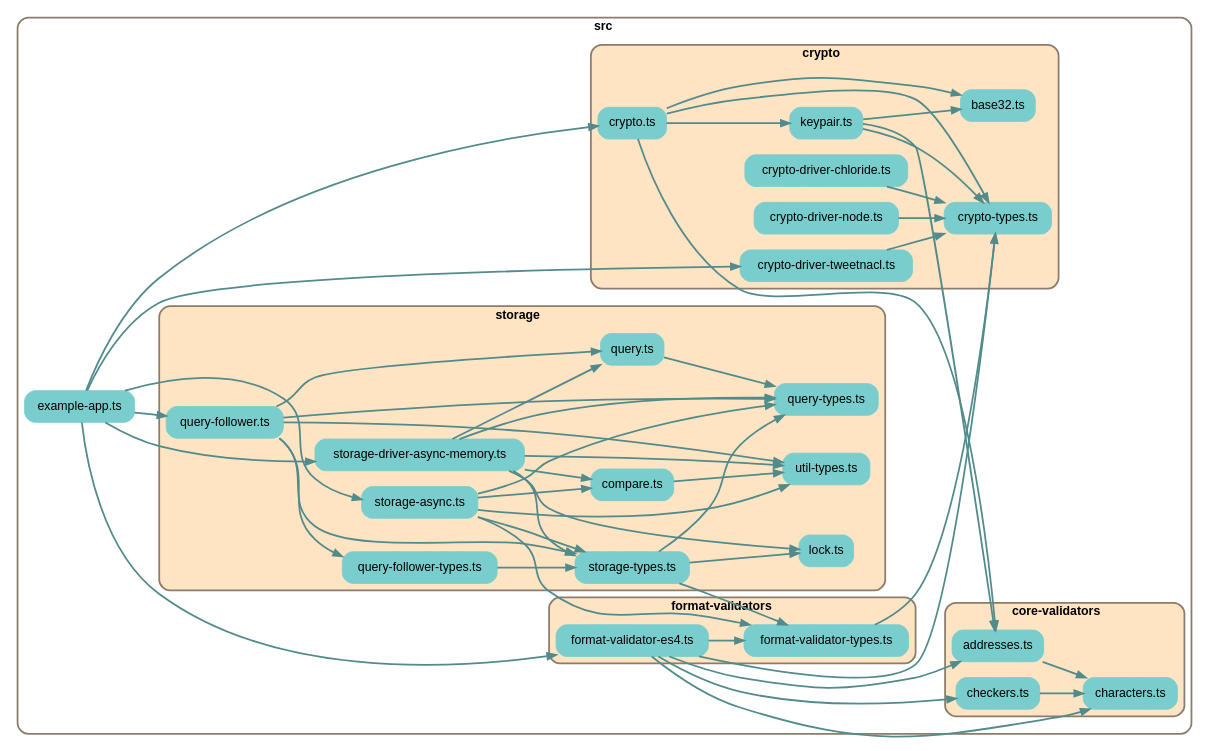
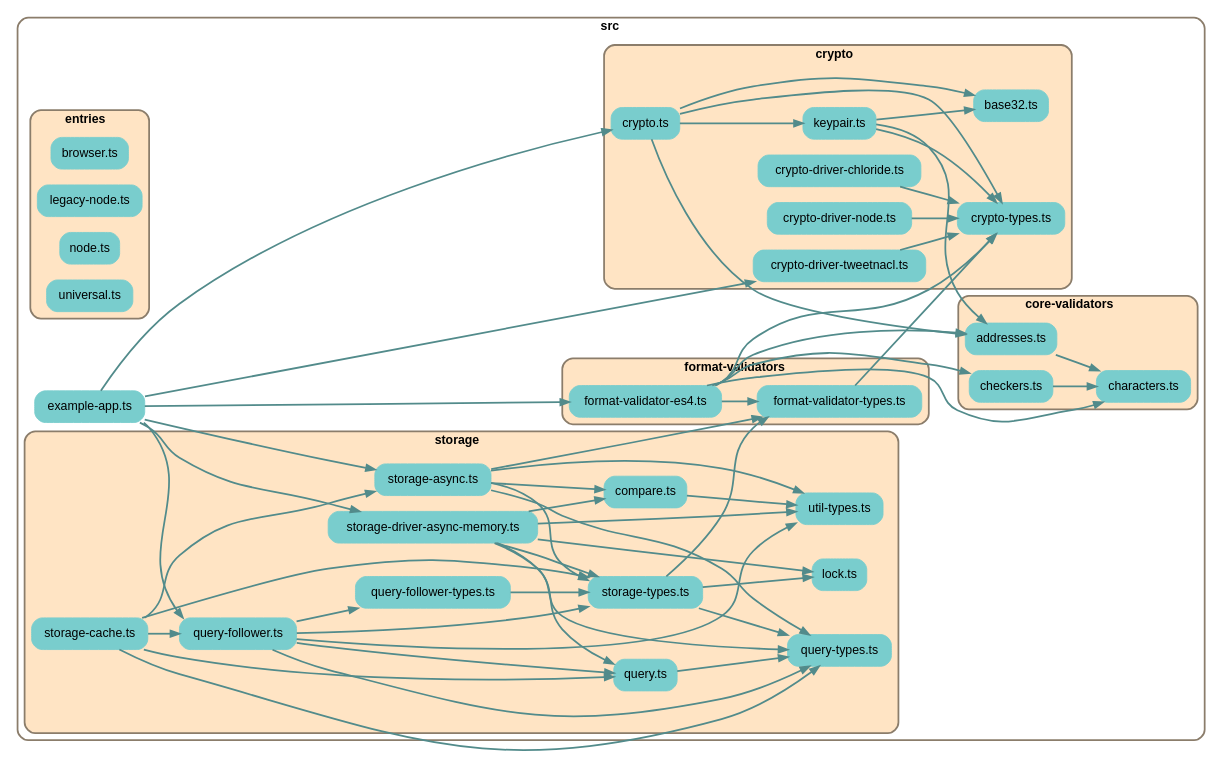
One commit to earthstar-project/earthstar changed the diagram in depchart/depchart-main.dot. Above: the diagram before and after it, drawn with Graphviz. The commit also changed 11 other files, not shown here.

```diff
--- a/depchart/depchart-main.dot
+++ b/depchart/depchart-main.dot
@@ -1,130 +1,149 @@
 
 digraph G {
     //splines=line;
     //splines=polyline;
     splines=true;
     rankdir=LR;
     //newrank=true;
     compound=true;
     graph [fontname = "helvetica"];  // dpi=72
     node [fontname = "helvetica"];
     edge [fontname = "helvetica"];
     
     // files in their folder clusters
 
-    subgraph cluster5283925628 {
+    subgraph cluster9857871135 {
         label=<<b>src</b>>;
         style="rounded";
         color=bisque4;
         penwidth=2;
                     
         "src/example-app.ts" [label="example-app.ts", shape=rectangle; style="rounded,filled"; color=darkslategray3];
 
-        subgraph cluster2403726625 {
+        subgraph cluster3663619958 {
             label=<<b>core-validators</b>>;
             style="rounded,filled";
             fillcolor=bisque;
             color=bisque4;
             penwidth=2;
                     
             "src/core-validators/addresses.ts" [label="addresses.ts", shape=rectangle; style="rounded,filled"; color=darkslategray3];
             "src/core-validators/characters.ts" [label="characters.ts", shape=rectangle; style="rounded,filled"; color=darkslategray3];
             "src/core-validators/checkers.ts" [label="checkers.ts", shape=rectangle; style="rounded,filled"; color=darkslategray3];
         }
 
-        subgraph cluster9642433281 {
+        subgraph cluster4620504191 {
             label=<<b>crypto</b>>;
             style="rounded,filled";
             fillcolor=bisque;
             color=bisque4;
             penwidth=2;
                     
             "src/crypto/base32.ts" [label="base32.ts", shape=rectangle; style="rounded,filled"; color=darkslategray3];
             "src/crypto/crypto-driver-chloride.ts" [label="crypto-driver-chloride.ts", shape=rectangle; style="rounded,filled"; color=darkslategray3];
             "src/crypto/crypto-driver-node.ts" [label="crypto-driver-node.ts", shape=rectangle; style="rounded,filled"; color=darkslategray3];
             "src/crypto/crypto-driver-tweetnacl.ts" [label="crypto-driver-tweetnacl.ts", shape=rectangle; style="rounded,filled"; color=darkslategray3];
             "src/crypto/crypto-types.ts" [label="crypto-types.ts", shape=rectangle; style="rounded,filled"; color=darkslategray3];
             "src/crypto/crypto.ts" [label="crypto.ts", shape=rectangle; style="rounded,filled"; color=darkslategray3];
             "src/crypto/keypair.ts" [label="keypair.ts", shape=rectangle; style="rounded,filled"; color=darkslategray3];
         }
 
-        subgraph cluster5170774827 {
+        subgraph cluster1122718114 {
+            label=<<b>entries</b>>;
+            style="rounded,filled";
+            fillcolor=bisque;
+            color=bisque4;
+            penwidth=2;
+                    
+            "src/entries/browser.ts" [label="browser.ts", shape=rectangle; style="rounded,filled"; color=darkslategray3];
+            "src/entries/legacy-node.ts" [label="legacy-node.ts", shape=rectangle; style="rounded,filled"; color=darkslategray3];
+            "src/entries/node.ts" [label="node.ts", shape=rectangle; style="rounded,filled"; color=darkslategray3];
+            "src/entries/universal.ts" [label="universal.ts", shape=rectangle; style="rounded,filled"; color=darkslategray3];
+        }
+
+        subgraph cluster1404075962 {
             label=<<b>format-validators</b>>;
             style="rounded,filled";
             fillcolor=bisque;
             color=bisque4;
             penwidth=2;
                     
             "src/format-validators/format-validator-es4.ts" [label="format-validator-es4.ts", shape=rectangle; style="rounded,filled"; color=darkslategray3];
             "src/format-validators/format-validator-types.ts" [label="format-validator-types.ts", shape=rectangle; style="rounded,filled"; color=darkslategray3];
         }
 
-        subgraph cluster4488928319 {
+        subgraph cluster9881695227 {
             label=<<b>storage</b>>;
             style="rounded,filled";
             fillcolor=bisque;
             color=bisque4;
             penwidth=2;
                     
             "src/storage/compare.ts" [label="compare.ts", shape=rectangle; style="rounded,filled"; color=darkslategray3];
             "src/storage/lock.ts" [label="lock.ts", shape=rectangle; style="rounded,filled"; color=darkslategray3];
             "src/storage/query-follower-types.ts" [label="query-follower-types.ts", shape=rectangle; style="rounded,filled"; color=darkslategray3];
             "src/storage/query-follower.ts" [label="query-follower.ts", shape=rectangle; style="rounded,filled"; color=darkslategray3];
             "src/storage/query-types.ts" [label="query-types.ts", shape=rectangle; style="rounded,filled"; color=darkslategray3];
             "src/storage/query.ts" [label="query.ts", shape=rectangle; style="rounded,filled"; color=darkslategray3];
             "src/storage/storage-async.ts" [label="storage-async.ts", shape=rectangle; style="rounded,filled"; color=darkslategray3];
+            "src/storage/storage-cache.ts" [label="storage-cache.ts", shape=rectangle; style="rounded,filled"; color=darkslategray3];
             "src/storage/storage-driver-async-memory.ts" [label="storage-driver-async-memory.ts", shape=rectangle; style="rounded,filled"; color=darkslategray3];
             "src/storage/storage-types.ts" [label="storage-types.ts", shape=rectangle; style="rounded,filled"; color=darkslategray3];
             "src/storage/util-types.ts" [label="util-types.ts", shape=rectangle; style="rounded,filled"; color=darkslategray3];
         }
     }
 
     // edges between files
     "src/core-validators/addresses.ts" -> "src/core-validators/characters.ts" [penwidth=2; color=darkslategray4];
     "src/core-validators/checkers.ts" -> "src/core-validators/characters.ts" [penwidth=2; color=darkslategray4];
     "src/crypto/crypto-driver-chloride.ts" -> "src/crypto/crypto-types.ts" [penwidth=2; color=darkslategray4];
     "src/crypto/crypto-driver-node.ts" -> "src/crypto/crypto-types.ts" [penwidth=2; color=darkslategray4];
     "src/crypto/crypto-driver-tweetnacl.ts" -> "src/crypto/crypto-types.ts" [penwidth=2; color=darkslategray4];
     "src/crypto/crypto.ts" -> "src/crypto/crypto-types.ts" [penwidth=2; color=darkslategray4];
     "src/crypto/crypto.ts" -> "src/crypto/base32.ts" [penwidth=2; color=darkslategray4];
     "src/crypto/crypto.ts" -> "src/crypto/keypair.ts" [penwidth=2; color=darkslategray4];
     "src/crypto/crypto.ts" -> "src/core-validators/addresses.ts" [penwidth=2; color=darkslategray4];
     "src/crypto/keypair.ts" -> "src/crypto/base32.ts" [penwidth=2; color=darkslategray4];
     "src/crypto/keypair.ts" -> "src/crypto/crypto-types.ts" [penwidth=2; color=darkslategray4];
     "src/crypto/keypair.ts" -> "src/core-validators/addresses.ts" [penwidth=2; color=darkslategray4];
     "src/example-app.ts" -> "src/format-validators/format-validator-es4.ts" [penwidth=2; color=darkslategray4];
     "src/example-app.ts" -> "src/storage/storage-driver-async-memory.ts" [penwidth=2; color=darkslategray4];
     "src/example-app.ts" -> "src/storage/storage-async.ts" [penwidth=2; color=darkslategray4];
     "src/example-app.ts" -> "src/crypto/crypto.ts" [penwidth=2; color=darkslategray4];
     "src/example-app.ts" -> "src/crypto/crypto-driver-tweetnacl.ts" [penwidth=2; color=darkslategray4];
     "src/example-app.ts" -> "src/storage/query-follower.ts" [penwidth=2; color=darkslategray4];
     "src/format-validators/format-validator-es4.ts" -> "src/format-validators/format-validator-types.ts" [penwidth=2; color=darkslategray4];
     "src/format-validators/format-validator-es4.ts" -> "src/crypto/crypto-types.ts" [penwidth=2; color=darkslategray4];
     "src/format-validators/format-validator-es4.ts" -> "src/core-validators/characters.ts" [penwidth=2; color=darkslategray4];
     "src/format-validators/format-validator-es4.ts" -> "src/core-validators/checkers.ts" [penwidth=2; color=darkslategray4];
     "src/format-validators/format-validator-es4.ts" -> "src/core-validators/addresses.ts" [penwidth=2; color=darkslategray4];
     "src/format-validators/format-validator-types.ts" -> "src/crypto/crypto-types.ts" [penwidth=2; color=darkslategray4];
     "src/storage/compare.ts" -> "src/storage/util-types.ts" [penwidth=2; color=darkslategray4];
     "src/storage/query-follower-types.ts" -> "src/storage/storage-types.ts" [penwidth=2; color=darkslategray4];
     "src/storage/query-follower.ts" -> "src/storage/util-types.ts" [penwidth=2; color=darkslategray4];
     "src/storage/query-follower.ts" -> "src/storage/query-types.ts" [penwidth=2; color=darkslategray4];
     "src/storage/query-follower.ts" -> "src/storage/storage-types.ts" [penwidth=2; color=darkslategray4];
     "src/storage/query-follower.ts" -> "src/storage/query.ts" [penwidth=2; color=darkslategray4];
     "src/storage/query-follower.ts" -> "src/storage/query-follower-types.ts" [penwidth=2; color=darkslategray4];
     "src/storage/query.ts" -> "src/storage/query-types.ts" [penwidth=2; color=darkslategray4];
     "src/storage/storage-async.ts" -> "src/storage/util-types.ts" [penwidth=2; color=darkslategray4];
     "src/storage/storage-async.ts" -> "src/storage/query-types.ts" [penwidth=2; color=darkslategray4];
     "src/storage/storage-async.ts" -> "src/storage/storage-types.ts" [penwidth=2; color=darkslategray4];
     "src/storage/storage-async.ts" -> "src/format-validators/format-validator-types.ts" [penwidth=2; color=darkslategray4];
     "src/storage/storage-async.ts" -> "src/storage/compare.ts" [penwidth=2; color=darkslategray4];
+    "src/storage/storage-cache.ts" -> "src/storage/query.ts" [penwidth=2; color=darkslategray4];
+    "src/storage/storage-cache.ts" -> "src/storage/query-follower.ts" [penwidth=2; color=darkslategray4];
+    "src/storage/storage-cache.ts" -> "src/storage/query-types.ts" [penwidth=2; color=darkslategray4];
+    "src/storage/storage-cache.ts" -> "src/storage/storage-async.ts" [penwidth=2; color=darkslategray4];
+    "src/storage/storage-cache.ts" -> "src/storage/storage-types.ts" [penwidth=2; color=darkslategray4];
     "src/storage/storage-driver-async-memory.ts" -> "src/storage/util-types.ts" [penwidth=2; color=darkslategray4];
     "src/storage/storage-driver-async-memory.ts" -> "src/storage/query-types.ts" [penwidth=2; color=darkslategray4];
     "src/storage/storage-driver-async-memory.ts" -> "src/storage/storage-types.ts" [penwidth=2; color=darkslategray4];
     "src/storage/storage-driver-async-memory.ts" -> "src/storage/compare.ts" [penwidth=2; color=darkslategray4];
     "src/storage/storage-driver-async-memory.ts" -> "src/storage/query.ts" [penwidth=2; color=darkslategray4];
     "src/storage/storage-driver-async-memory.ts" -> "src/storage/lock.ts" [penwidth=2; color=darkslategray4];
     "src/storage/storage-types.ts" -> "src/storage/query-types.ts" [penwidth=2; color=darkslategray4];
     "src/storage/storage-types.ts" -> "src/format-validators/format-validator-types.ts" [penwidth=2; color=darkslategray4];
     "src/storage/storage-types.ts" -> "src/storage/lock.ts" [penwidth=2; color=darkslategray4];
 
 }
```
